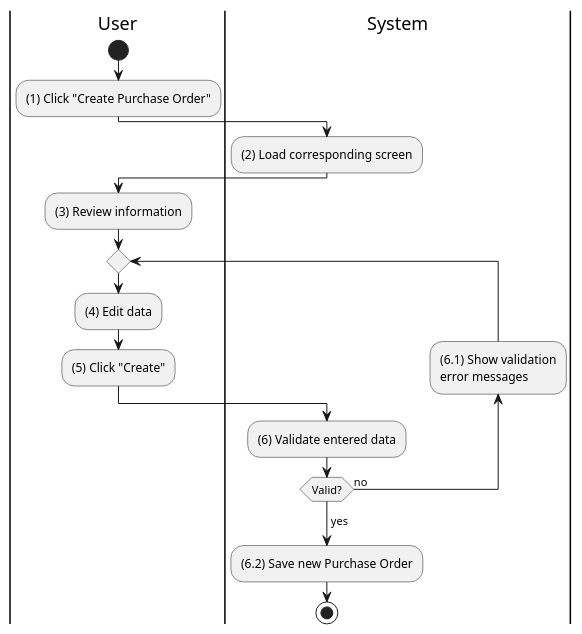
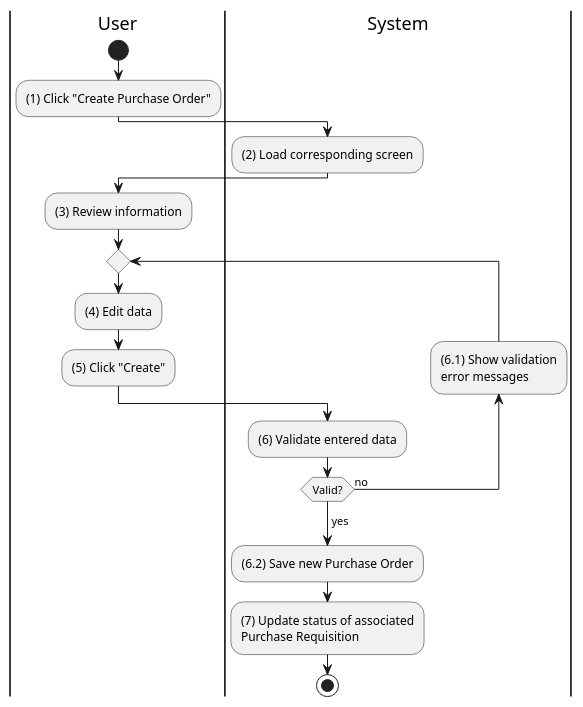
One commit to phihungha/scmss-reqs changed the diagram in activities/purchase-order-create.plantuml. Above: the diagram before and after it, drawn with PlantUML. The commit also changed 5 other files, not shown here.

Commit message:
Update purchase requisitions on status changes in purchase order

```diff
--- a/activities/purchase-order-create.plantuml
+++ b/activities/purchase-order-create.plantuml
@@ -1,26 +1,27 @@
 @startuml purchase-order-create
 |u|User
 |s|System
 
 |u|
 start
 :(1) Click "Create Purchase Order";
 
 |s|
 :(2) Load corresponding screen;
 
 |u|
 :(3) Review information;
 repeat
     :(4) Edit data;
     :(5) Click "Create";
 
     |s|
     :(6) Validate entered data;
     backward:(6.1) Show validation
     error messages;
 repeat while (Valid?) is (no)
 ->yes;
 :(6.2) Save new Purchase Order;
+:(7) Update status of associated\nPurchase Requisition;
 stop
 @enduml
```
